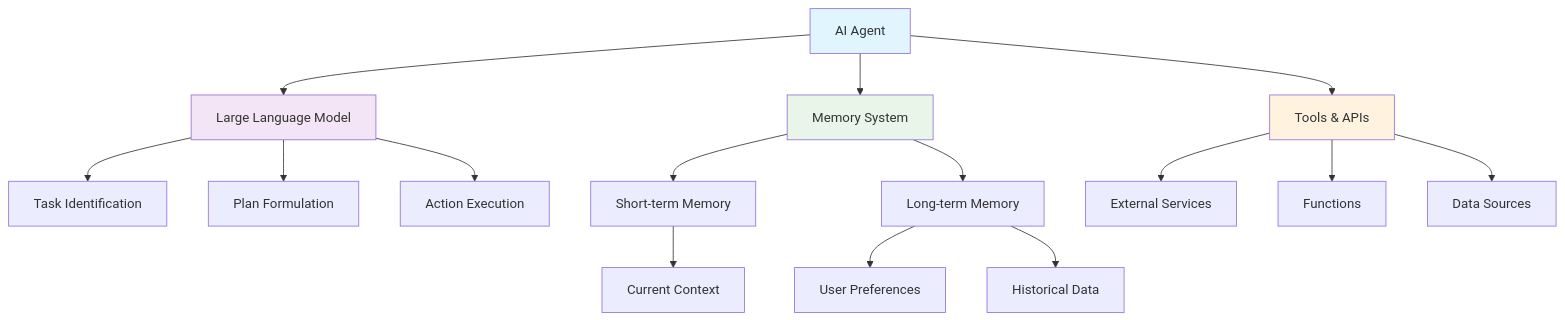
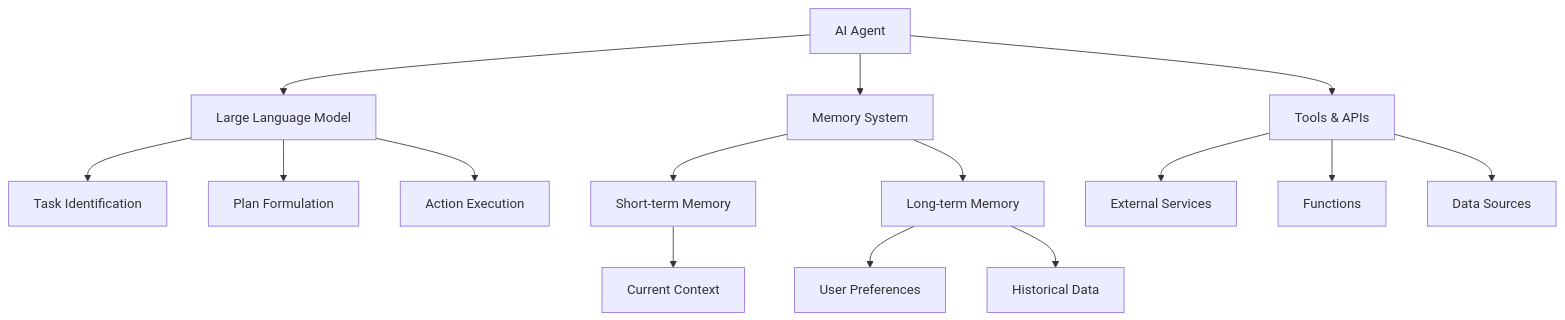
The first of 5 diagrams in _posts/2025-07-19-understanding-agentic-ai.md (micromastery/micromastery.github.io), drawn with Mermaid before and after one commit. The commit also changed other lines of this file, not shown here.

Commit message:
Remove unnecessary style definitions from AI agents blog post diagrams

````diff
--- a/_posts/2025-07-19-understanding-agentic-ai.md
+++ b/_posts/2025-07-19-understanding-agentic-ai.md
@@ -38,26 +38,21 @@
 ```mermaid
 graph TD
     A[AI Agent] --> B[Large Language Model]
     A --> C[Memory System]
     A --> D[Tools & APIs]
     
     B --> E[Task Identification]
     B --> F[Plan Formulation]
     B --> G[Action Execution]
     
     C --> H[Short-term Memory]
     C --> I[Long-term Memory]
     
     H --> J[Current Context]
     I --> K[User Preferences]
     I --> L[Historical Data]
     
     D --> M[External Services]
     D --> N[Functions]
     D --> O[Data Sources]
-    
-    style A fill:#e1f5fe
-    style B fill:#f3e5f5
-    style C fill:#e8f5e8
-    style D fill:#fff3e0
 ```
````
